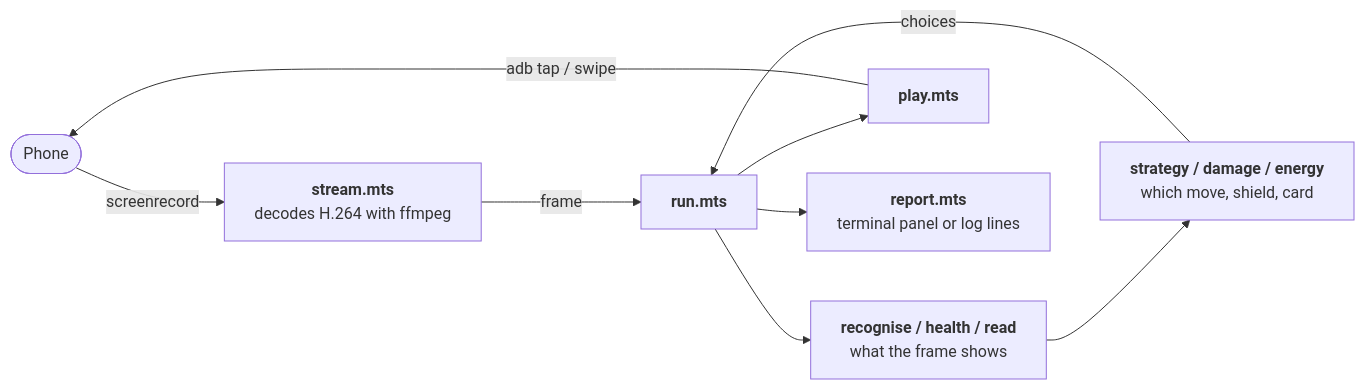
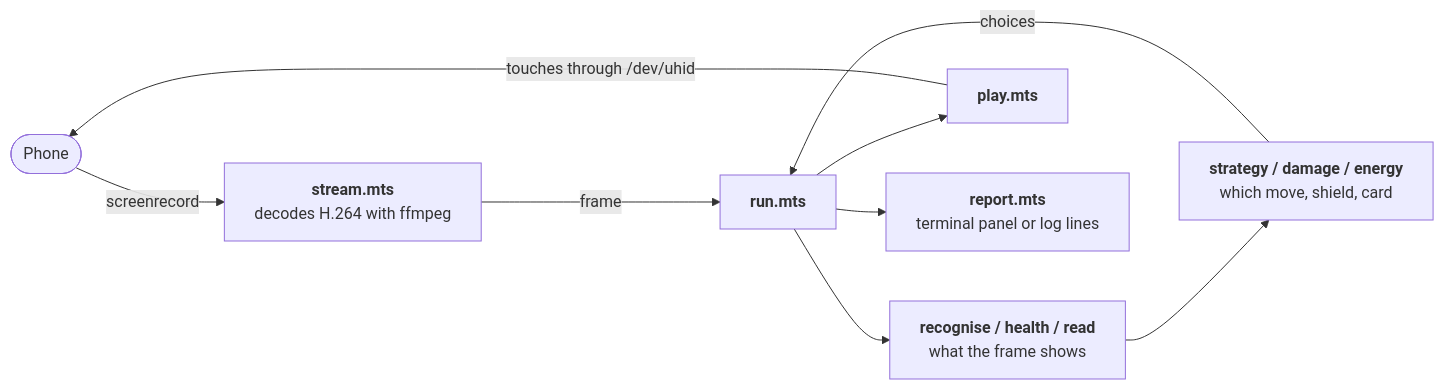
Before and after one commit to spence-com-au/pogo-utils: the diagram in src/tools/battle/README.md, drawn with Mermaid. The commit also changed other lines of this file and 5 other files, not shown here.

First line of the commit message:
Send `pnpm battle`'s touches through a touchscreen of its own

````diff
--- a/src/tools/battle/README.md
+++ b/src/tools/battle/README.md
@@ -14,15 +14,15 @@
 ```mermaid
 flowchart LR
     phone(["Phone"])
     stream["<b>stream.mts</b><br/>decodes H.264 with ffmpeg"]
     run["<b>run.mts</b>"]
     read["<b>recognise / health / read</b><br/>what the frame shows"]
     decide["<b>strategy / damage / energy</b><br/>which move, shield, card"]
     play["<b>play.mts</b>"]
     report["<b>report.mts</b><br/>terminal panel or log lines"]
 
     phone -- screenrecord --> stream -- frame --> run
     run --> read --> decide -- choices --> run
-    run --> play -- "adb tap / swipe" --> phone
+    run --> play -- "touches through /dev/uhid" --> phone
     run --> report
 ```
````
